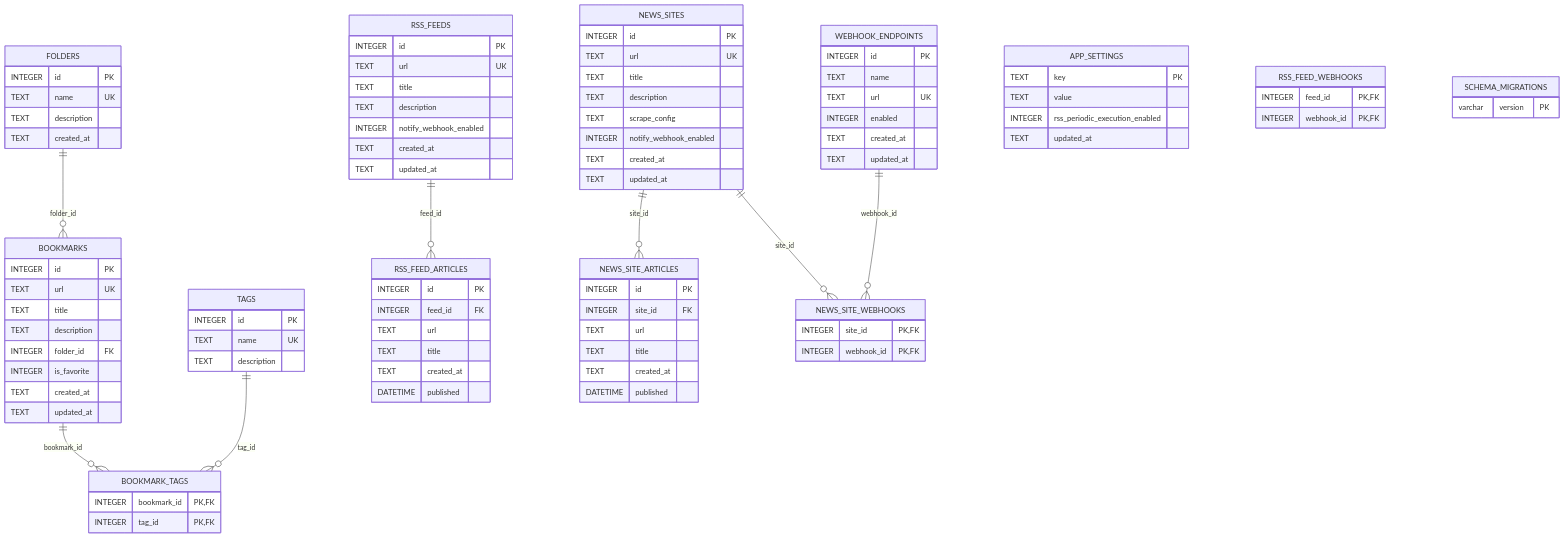
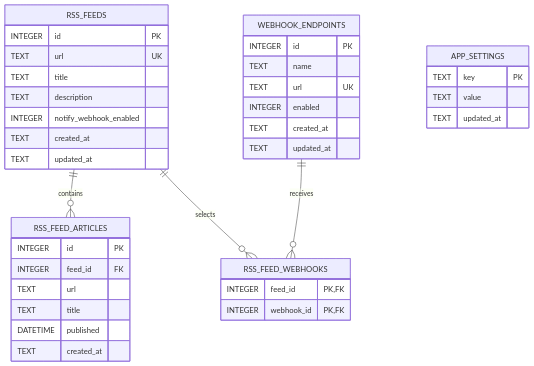
Before and after one commit to Kai17-a/shiori-rss: the diagram in specs/architecture/data-model.md, drawn with Mermaid. The commit also changed other lines of this file and 161 other files, not shown here.

````diff
--- a/specs/architecture/data-model.md
+++ b/specs/architecture/data-model.md
@@ -8,41 +3,8 @@
 ```mermaid
 erDiagram
-    FOLDERS ||--o{ BOOKMARKS : "folder_id"
-    BOOKMARKS ||--o{ BOOKMARK_TAGS : "bookmark_id"
-    TAGS ||--o{ BOOKMARK_TAGS : "tag_id"
-    RSS_FEEDS ||--o{ RSS_FEED_ARTICLES : "feed_id"
-    NEWS_SITES ||--o{ NEWS_SITE_ARTICLES : "site_id"
-    NEWS_SITES ||--o{ NEWS_SITE_WEBHOOKS : "site_id"
-    WEBHOOK_ENDPOINTS ||--o{ NEWS_SITE_WEBHOOKS : "webhook_id"
-
-    FOLDERS {
-        INTEGER id PK
-        TEXT name UK
-        TEXT description
-        TEXT created_at
-    }
-
-    BOOKMARKS {
-        INTEGER id PK
-        TEXT url UK
-        TEXT title
-        TEXT description
-        INTEGER folder_id FK
-        INTEGER is_favorite
-        TEXT created_at
-        TEXT updated_at
-    }
-
-    TAGS {
-        INTEGER id PK
-        TEXT name UK
-        TEXT description
-    }
-
-    BOOKMARK_TAGS {
-        INTEGER bookmark_id PK, FK
-        INTEGER tag_id PK, FK
-    }
+    RSS_FEEDS ||--o{ RSS_FEED_ARTICLES : contains
+    RSS_FEEDS ||--o{ RSS_FEED_WEBHOOKS : selects
+    WEBHOOK_ENDPOINTS ||--o{ RSS_FEED_WEBHOOKS : receives
 
     RSS_FEEDS {
         INTEGER id PK
@@ -53,48 +15,14 @@
         TEXT created_at
         TEXT updated_at
     }
-
     RSS_FEED_ARTICLES {
         INTEGER id PK
         INTEGER feed_id FK
         TEXT url
         TEXT title
+        DATETIME published
         TEXT created_at
-        DATETIME published
     }
-
-    NEWS_SITES {
-        INTEGER id PK
-        TEXT url UK
-        TEXT title
-        TEXT description
-        TEXT scrape_config
-        INTEGER notify_webhook_enabled
-        TEXT created_at
-        TEXT updated_at
-    }
-
-    NEWS_SITE_ARTICLES {
-        INTEGER id PK
-        INTEGER site_id FK
-        TEXT url
-        TEXT title
-        TEXT created_at
-        DATETIME published
-    }
-
-    NEWS_SITE_WEBHOOKS {
-        INTEGER site_id PK, FK
-        INTEGER webhook_id PK, FK
-    }
-
-    APP_SETTINGS {
-        TEXT key PK
-        TEXT value
-        INTEGER rss_periodic_execution_enabled
-        TEXT updated_at
-    }
-
     WEBHOOK_ENDPOINTS {
         INTEGER id PK
         TEXT name
@@ -103,13 +31,13 @@
         TEXT created_at
         TEXT updated_at
     }
-
     RSS_FEED_WEBHOOKS {
-        INTEGER feed_id PK, FK
-        INTEGER webhook_id PK, FK
+        INTEGER feed_id PK,FK
+        INTEGER webhook_id PK,FK
     }
-
-    SCHEMA_MIGRATIONS {
-        varchar version PK
+    APP_SETTINGS {
+        TEXT key PK
+        TEXT value
+        TEXT updated_at
     }
 ```
````
